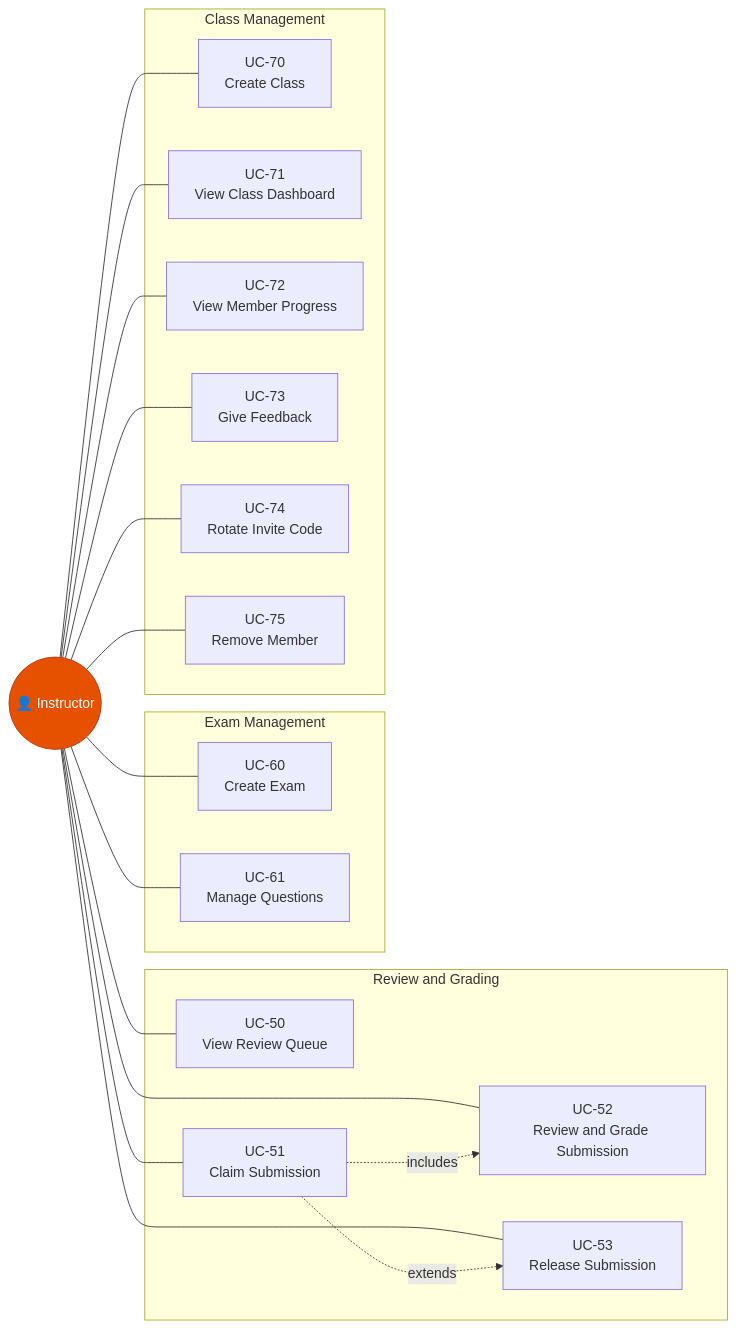
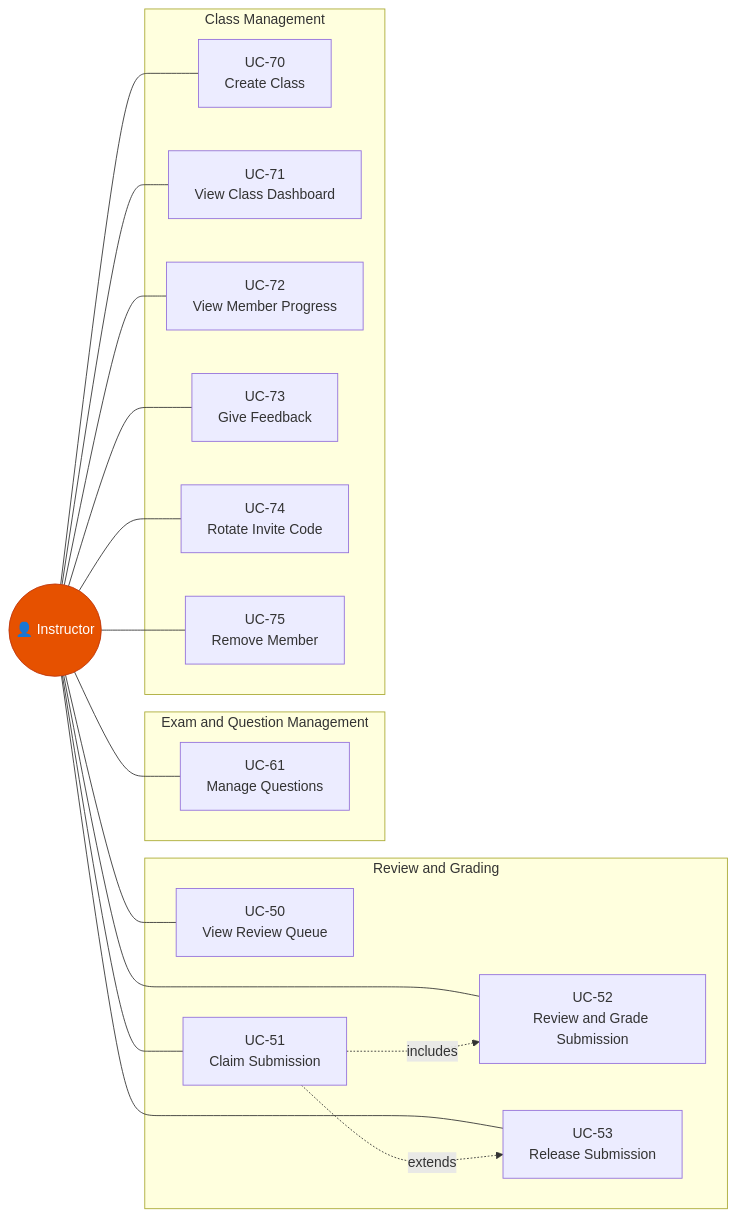
One commit to nghyane/VSTEP changed the third of 16 diagrams in docs/capstone/reports/ENG/report3-software-requirement-specification.md. Above: the diagram before and after it, drawn with Mermaid. The commit also changed other lines of this file and 1 other file, not shown here.

Commit message:
docs: align report 3 with current architecture

````diff
--- a/docs/capstone/reports/ENG/report3-software-requirement-specification.md
+++ b/docs/capstone/reports/ENG/report3-software-requirement-specification.md
@@ -367,44 +359,42 @@
 ```mermaid
 flowchart LR
     Instructor(("👤 Instructor"))
 
     subgraph ReviewGrading ["Review and Grading"]
         UC50["UC-50<br/>View Review Queue"]
         UC51["UC-51<br/>Claim Submission"]
         UC52["UC-52<br/>Review and Grade Submission"]
         UC53["UC-53<br/>Release Submission"]
     end
 
-    subgraph ExamMgmt ["Exam Management"]
-        UC60["UC-60<br/>Create Exam"]
+    subgraph ExamMgmt ["Exam and Question Management"]
         UC61["UC-61<br/>Manage Questions"]
     end
 
     subgraph ClassMgmt ["Class Management"]
         UC70["UC-70<br/>Create Class"]
         UC71["UC-71<br/>View Class Dashboard"]
         UC72["UC-72<br/>View Member Progress"]
         UC73["UC-73<br/>Give Feedback"]
         UC74["UC-74<br/>Rotate Invite Code"]
         UC75["UC-75<br/>Remove Member"]
     end
 
     Instructor --- UC50
     Instructor --- UC51
     Instructor --- UC52
     Instructor --- UC53
-    Instructor --- UC60
     Instructor --- UC61
     Instructor --- UC70
     Instructor --- UC71
     Instructor --- UC72
     Instructor --- UC73
     Instructor --- UC74
     Instructor --- UC75
 
     UC51 -.->|"includes"| UC52
     UC51 -.->|"extends"| UC53
 
     classDef actor fill:#e65100,stroke:#bf360c,color:#fff
     class Instructor actor
 ```
````
